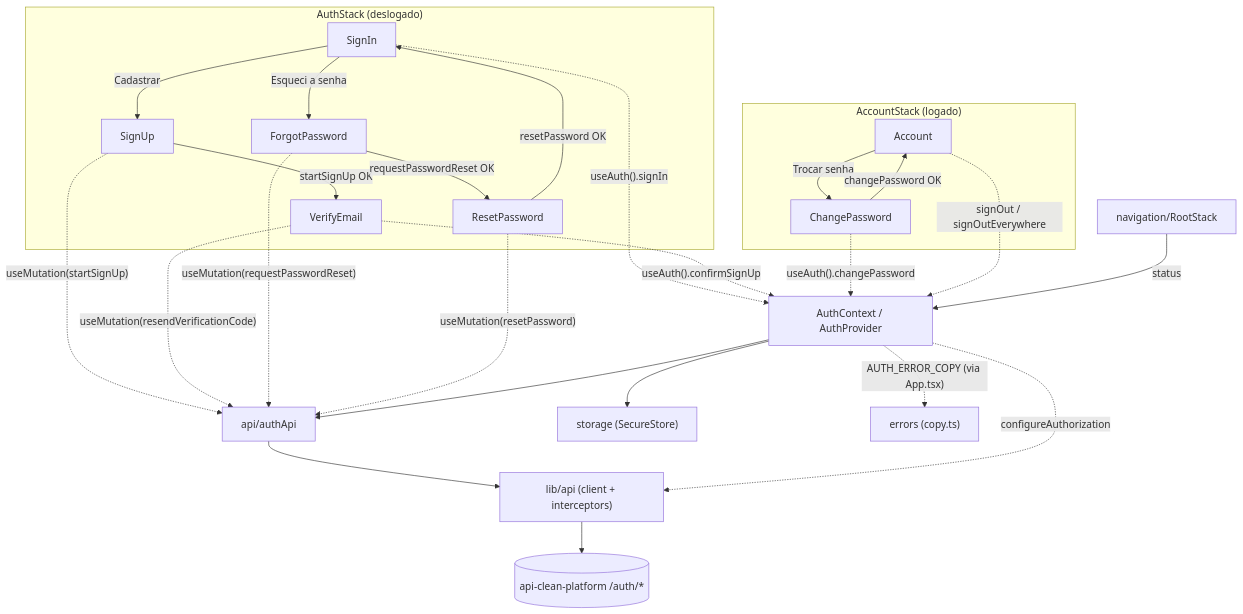
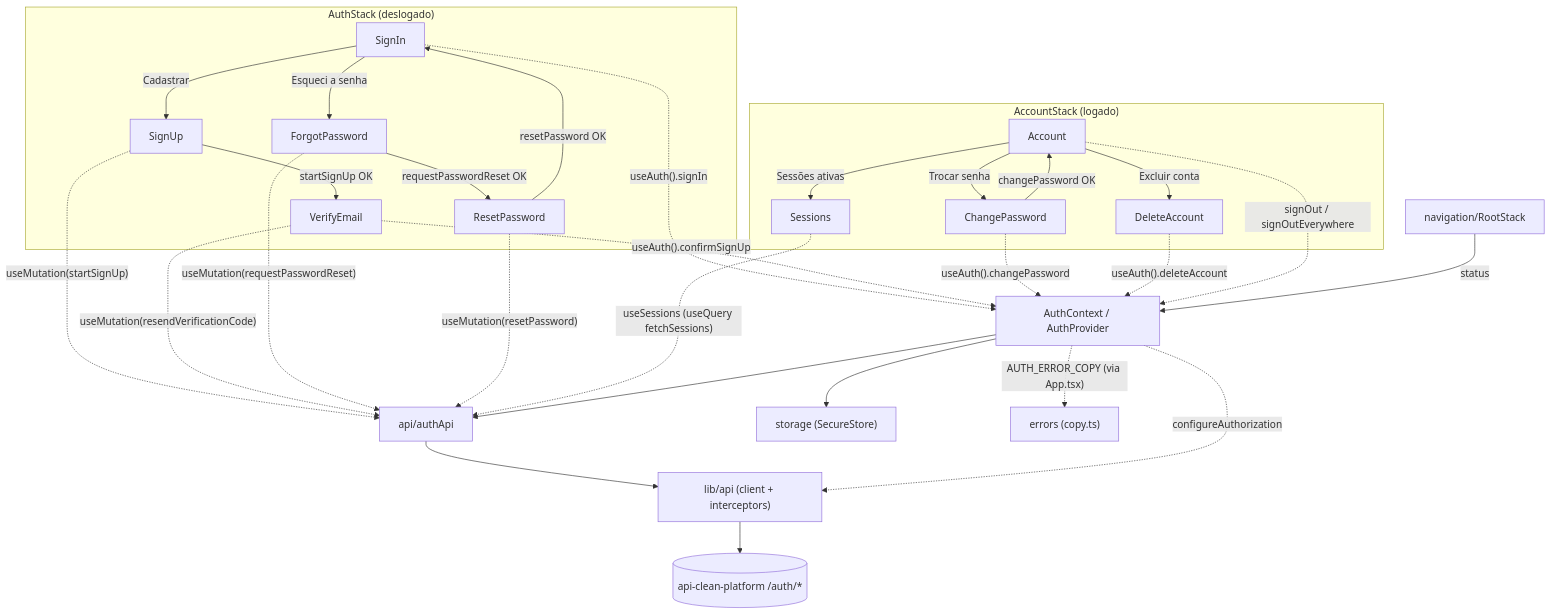
One commit to levroxlabs/native-clean-platform changed the diagram in src/modules/auth/README.md. Above: the diagram before and after it, drawn with Mermaid. The commit also changed other lines of this file and 1 other file, not shown here.

First line of the commit message:
docs(auth): document the sessions list and account deletion

````diff
--- a/src/modules/auth/README.md
+++ b/src/modules/auth/README.md
@@ -52,47 +55,53 @@
 ```mermaid
 flowchart TD
   subgraph AuthStack["AuthStack (deslogado)"]
     SignIn["SignIn"]
     SignUp["SignUp"]
     VerifyEmail["VerifyEmail"]
     ForgotPassword["ForgotPassword"]
     ResetPassword["ResetPassword"]
   end
 
   subgraph AccountStack["AccountStack (logado)"]
     Account["Account"]
     ChangePassword["ChangePassword"]
+    Sessions["Sessions"]
+    DeleteAccount["DeleteAccount"]
   end
 
   SignIn -- "Cadastrar" --> SignUp
   SignIn -- "Esqueci a senha" --> ForgotPassword
   SignUp -- "startSignUp OK" --> VerifyEmail
   ForgotPassword -- "requestPasswordReset OK" --> ResetPassword
   ResetPassword -- "resetPassword OK" --> SignIn
 
   Account -- "Trocar senha" --> ChangePassword
   ChangePassword -- "changePassword OK" --> Account
+  Account -- "Sessões ativas" --> Sessions
+  Account -- "Excluir conta" --> DeleteAccount
 
   Provider["AuthContext / AuthProvider"]
   Api["api/authApi"]
   Storage["storage (SecureStore)"]
 
   SignIn -. "useAuth().signIn" .-> Provider
   VerifyEmail -. "useAuth().confirmSignUp" .-> Provider
   ChangePassword -. "useAuth().changePassword" .-> Provider
+  DeleteAccount -. "useAuth().deleteAccount" .-> Provider
   Account -. "signOut / signOutEverywhere" .-> Provider
 
   SignUp -. "useMutation(startSignUp)" .-> Api
   VerifyEmail -. "useMutation(resendVerificationCode)" .-> Api
   ForgotPassword -. "useMutation(requestPasswordReset)" .-> Api
   ResetPassword -. "useMutation(resetPassword)" .-> Api
+  Sessions -. "useSessions (useQuery fetchSessions)" .-> Api
 
   Provider --> Api
   Provider --> Storage
   Api --> LibApi["lib/api (client + interceptors)"]
   LibApi --> Backend[("api-clean-platform /auth/*")]
 
   RootStack["navigation/RootStack"] -- "status" --> Provider
   Provider -. "configureAuthorization" .-> LibApi
   Provider -. "AUTH_ERROR_COPY (via App.tsx)" .-> ErrorsCopy["errors (copy.ts)"]
 ```
````
